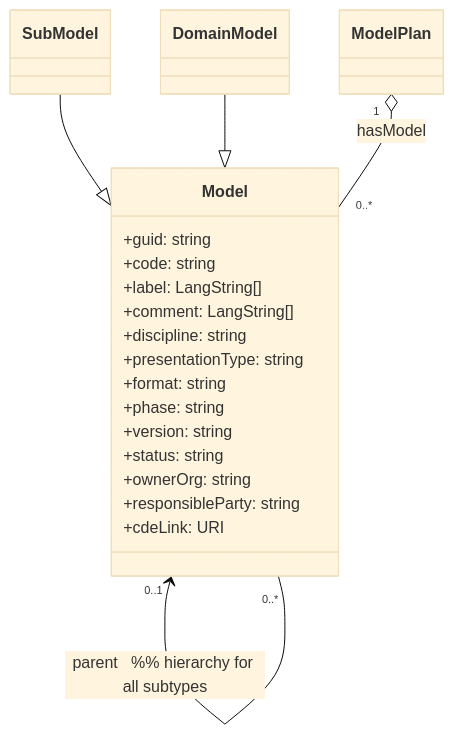
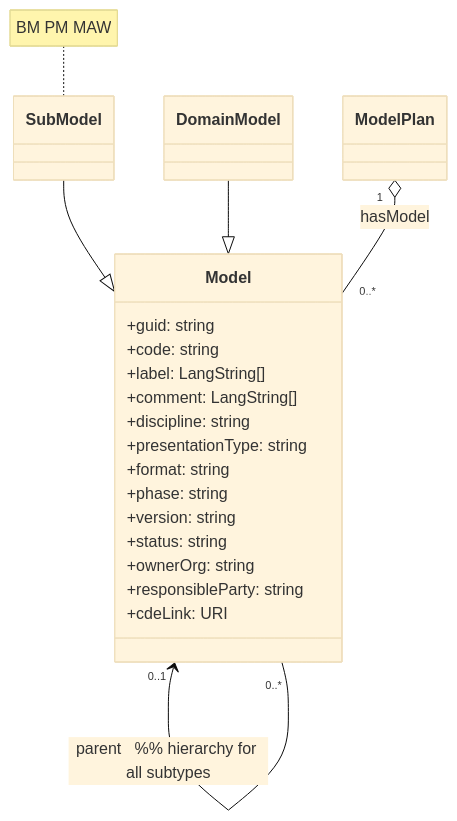
Before and after one commit to NikolayBorissovASTRA/bim: the diagram in mermaid.md, drawn with Mermaid (base theme).

````diff
--- a/mermaid.md
+++ b/mermaid.md
@@ -16,26 +16,27 @@
 ```mermaid
 classDiagram
   direction TB
   class Model {
     +guid: string
     +code: string
     +label: LangString[]
     +comment: LangString[]
     +discipline: string
     +presentationType: string
     +format: string
     +phase: string
     +version: string
     +status: string
     +ownerOrg: string
     +responsibleParty: string
     +cdeLink: URI
   }
+  note for SubModel "BM	PM	MAW"
   class SubModel
   class DomainModel
   SubModel --|> Model
   DomainModel --|> Model
 
   ModelPlan "1" o-- "0..*" Model : hasModel
   Model "0..1" <-- "0..*" Model : parent   %% hierarchy for all subtypes
   ```
````
